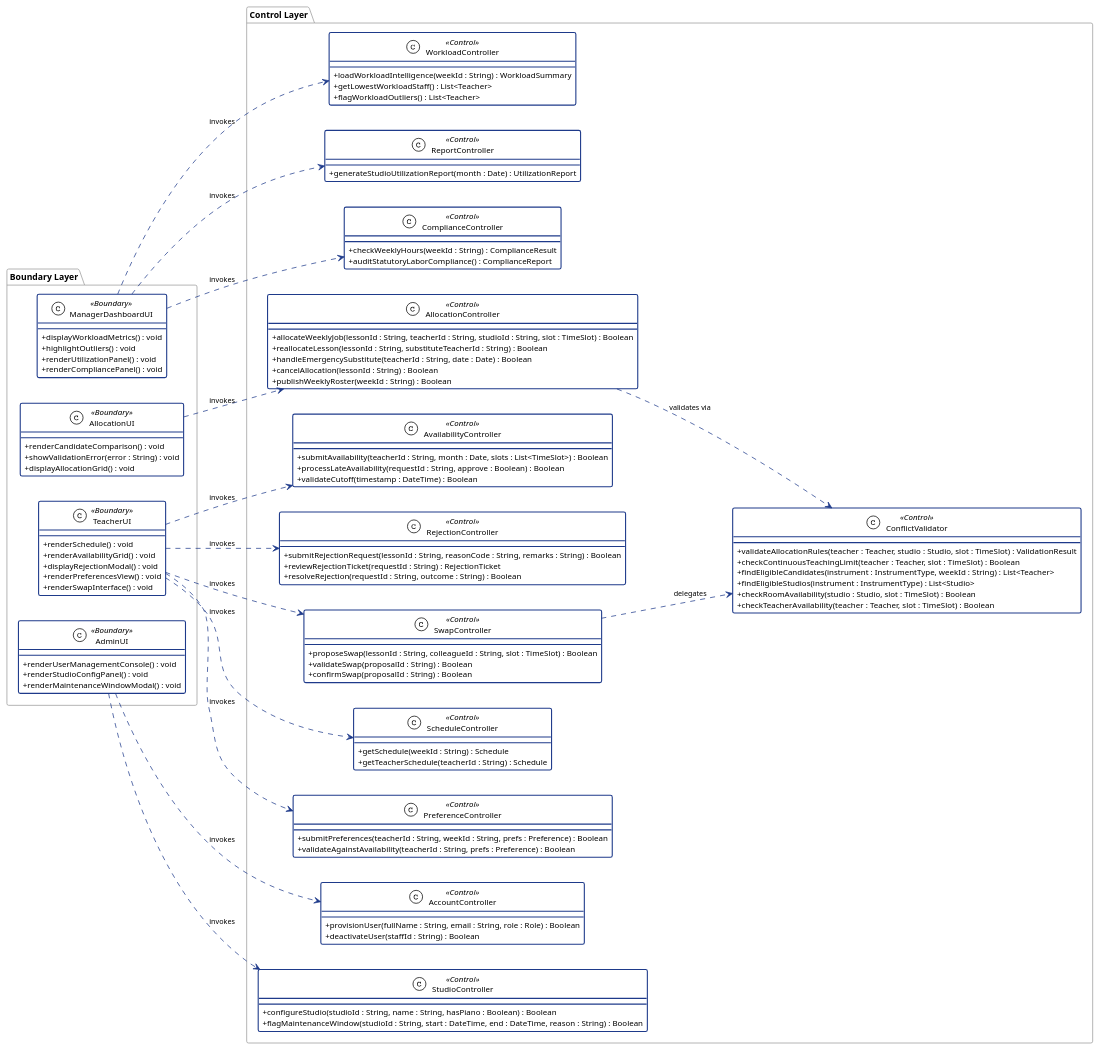
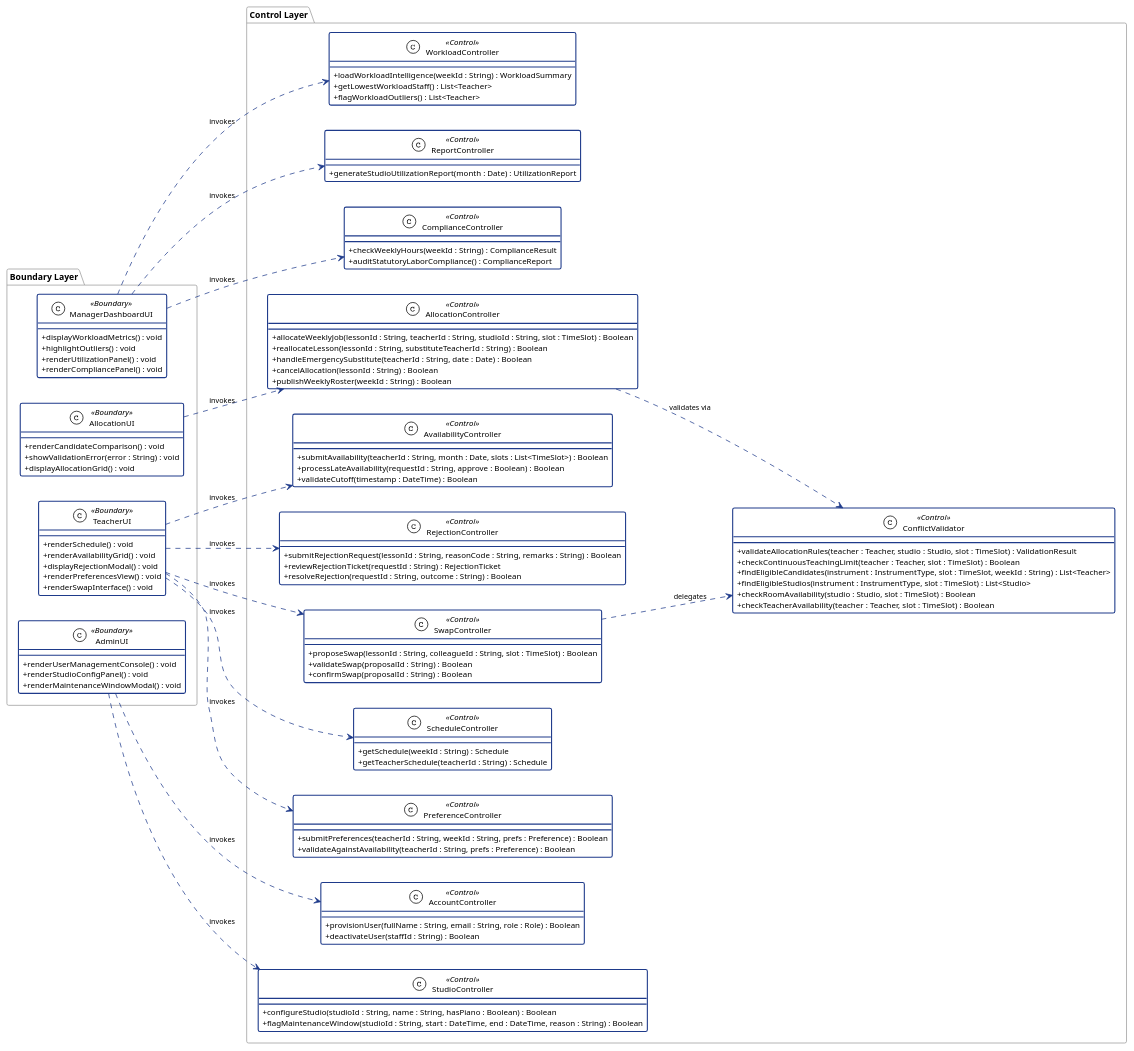
Before and after one commit to adoreblvnk/2001temp: the diagram in report/assets/class_diagram_control.puml, drawn with PlantUML. The commit also changed 3 other files, not shown here.

```diff
--- a/report/assets/class_diagram_control.puml
+++ b/report/assets/class_diagram_control.puml
@@ -1,129 +1,129 @@
 @startuml class_diagram_control
 !theme plain
 left to right direction
 skinparam classAttributeIconSize 0
 skinparam shadowing false
 skinparam defaultFontName "Helvetica", "Arial", sans-serif
 skinparam defaultFontSize 11
 skinparam class {
     BackgroundColor #FFFFFF
     BorderColor #1E3A8A
     BorderThickness 1.5
 }
 skinparam arrow {
     Color #1E3A8A
     FontSize 10
 }
 skinparam package {
     BorderColor #999999
     FontStyle bold
     FontSize 12
 }
 
 ' ========== BOUNDARY CLASSES ==========
 package "Boundary Layer" {
     class ManagerDashboardUI <<Boundary>> {
         +displayWorkloadMetrics() : void
         +highlightOutliers() : void
         +renderUtilizationPanel() : void
         +renderCompliancePanel() : void
     }
     class AllocationUI <<Boundary>> {
         +renderCandidateComparison() : void
         +showValidationError(error : String) : void
         +displayAllocationGrid() : void
     }
     class TeacherUI <<Boundary>> {
         +renderSchedule() : void
         +renderAvailabilityGrid() : void
         +displayRejectionModal() : void
         +renderPreferencesView() : void
         +renderSwapInterface() : void
     }
     class AdminUI <<Boundary>> {
         +renderUserManagementConsole() : void
         +renderStudioConfigPanel() : void
         +renderMaintenanceWindowModal() : void
     }
 }
 
 ' ========== CONTROL CLASSES ==========
 package "Control Layer" {
     class WorkloadController <<Control>> {
         +loadWorkloadIntelligence(weekId : String) : WorkloadSummary
         +getLowestWorkloadStaff() : List<Teacher>
         +flagWorkloadOutliers() : List<Teacher>
     }
     class AllocationController <<Control>> {
         +allocateWeeklyJob(lessonId : String, teacherId : String, studioId : String, slot : TimeSlot) : Boolean
         +reallocateLesson(lessonId : String, substituteTeacherId : String) : Boolean
         +handleEmergencySubstitute(teacherId : String, date : Date) : Boolean
         +cancelAllocation(lessonId : String) : Boolean
         +publishWeeklyRoster(weekId : String) : Boolean
     }
     class ConflictValidator <<Control>> {
         +validateAllocationRules(teacher : Teacher, studio : Studio, slot : TimeSlot) : ValidationResult
         +checkContinuousTeachingLimit(teacher : Teacher, slot : TimeSlot) : Boolean
-        +findEligibleCandidates(instrument : InstrumentType, weekId : String) : List<Teacher>
-        +findEligibleStudios(instrument : InstrumentType) : List<Studio>
+        +findEligibleCandidates(instrument : InstrumentType, slot : TimeSlot, weekId : String) : List<Teacher>
+        +findEligibleStudios(instrument : InstrumentType, slot : TimeSlot) : List<Studio>
         +checkRoomAvailability(studio : Studio, slot : TimeSlot) : Boolean
         +checkTeacherAvailability(teacher : Teacher, slot : TimeSlot) : Boolean
     }
     class AvailabilityController <<Control>> {
         +submitAvailability(teacherId : String, month : Date, slots : List<TimeSlot>) : Boolean
         +processLateAvailability(requestId : String, approve : Boolean) : Boolean
         +validateCutoff(timestamp : DateTime) : Boolean
     }
     class RejectionController <<Control>> {
         +submitRejectionRequest(lessonId : String, reasonCode : String, remarks : String) : Boolean
         +reviewRejectionTicket(requestId : String) : RejectionTicket
         +resolveRejection(requestId : String, outcome : String) : Boolean
     }
     class SwapController <<Control>> {
         +proposeSwap(lessonId : String, colleagueId : String, slot : TimeSlot) : Boolean
         +validateSwap(proposalId : String) : Boolean
         +confirmSwap(proposalId : String) : Boolean
     }
     class AccountController <<Control>> {
         +provisionUser(fullName : String, email : String, role : Role) : Boolean
         +deactivateUser(staffId : String) : Boolean
     }
     class StudioController <<Control>> {
         +configureStudio(studioId : String, name : String, hasPiano : Boolean) : Boolean
         +flagMaintenanceWindow(studioId : String, start : DateTime, end : DateTime, reason : String) : Boolean
     }
     class ReportController <<Control>> {
         +generateStudioUtilizationReport(month : Date) : UtilizationReport
     }
     class ComplianceController <<Control>> {
         +checkWeeklyHours(weekId : String) : ComplianceResult
         +auditStatutoryLaborCompliance() : ComplianceReport
     }
     class ScheduleController <<Control>> {
         +getSchedule(weekId : String) : Schedule
         +getTeacherSchedule(teacherId : String) : Schedule
     }
     class PreferenceController <<Control>> {
         +submitPreferences(teacherId : String, weekId : String, prefs : Preference) : Boolean
         +validateAgainstAvailability(teacherId : String, prefs : Preference) : Boolean
     }
 }
 
 ' ========== DEPENDENCY (Boundary -> Control) ==========
 ManagerDashboardUI ..> WorkloadController : invokes
 ManagerDashboardUI ..> ReportController : invokes
 ManagerDashboardUI ..> ComplianceController : invokes
 AllocationUI ..> AllocationController : invokes
 TeacherUI ..> AvailabilityController : invokes
 TeacherUI ..> RejectionController : invokes
 TeacherUI ..> ScheduleController : invokes
 TeacherUI ..> PreferenceController : invokes
 TeacherUI ..> SwapController : invokes
 AdminUI ..> AccountController : invokes
 AdminUI ..> StudioController : invokes
 
 ' ========== DEPENDENCY (Control -> Control) ==========
 AllocationController ..> ConflictValidator : validates via
 SwapController ..> ConflictValidator : delegates
 
 @enduml
```
